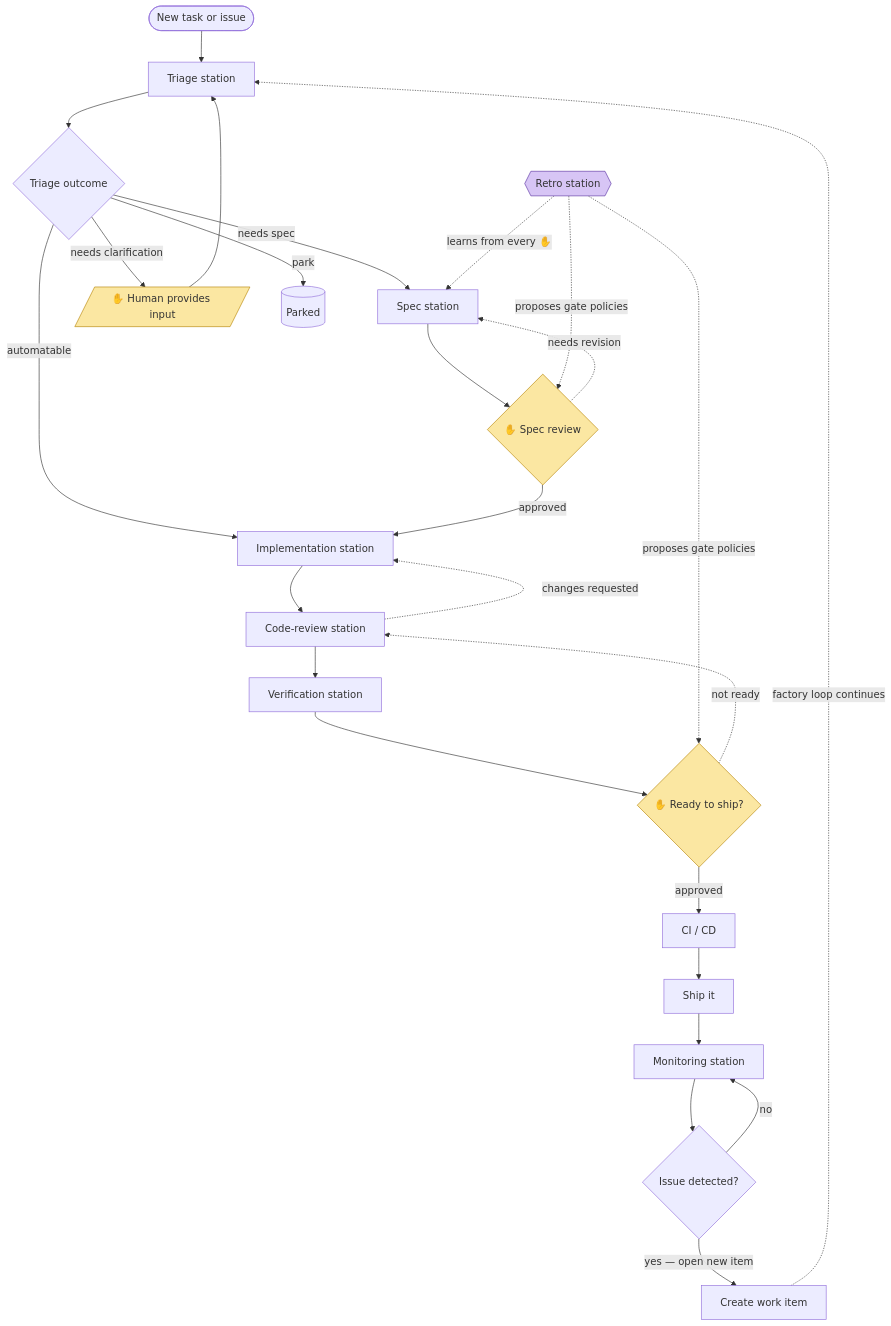
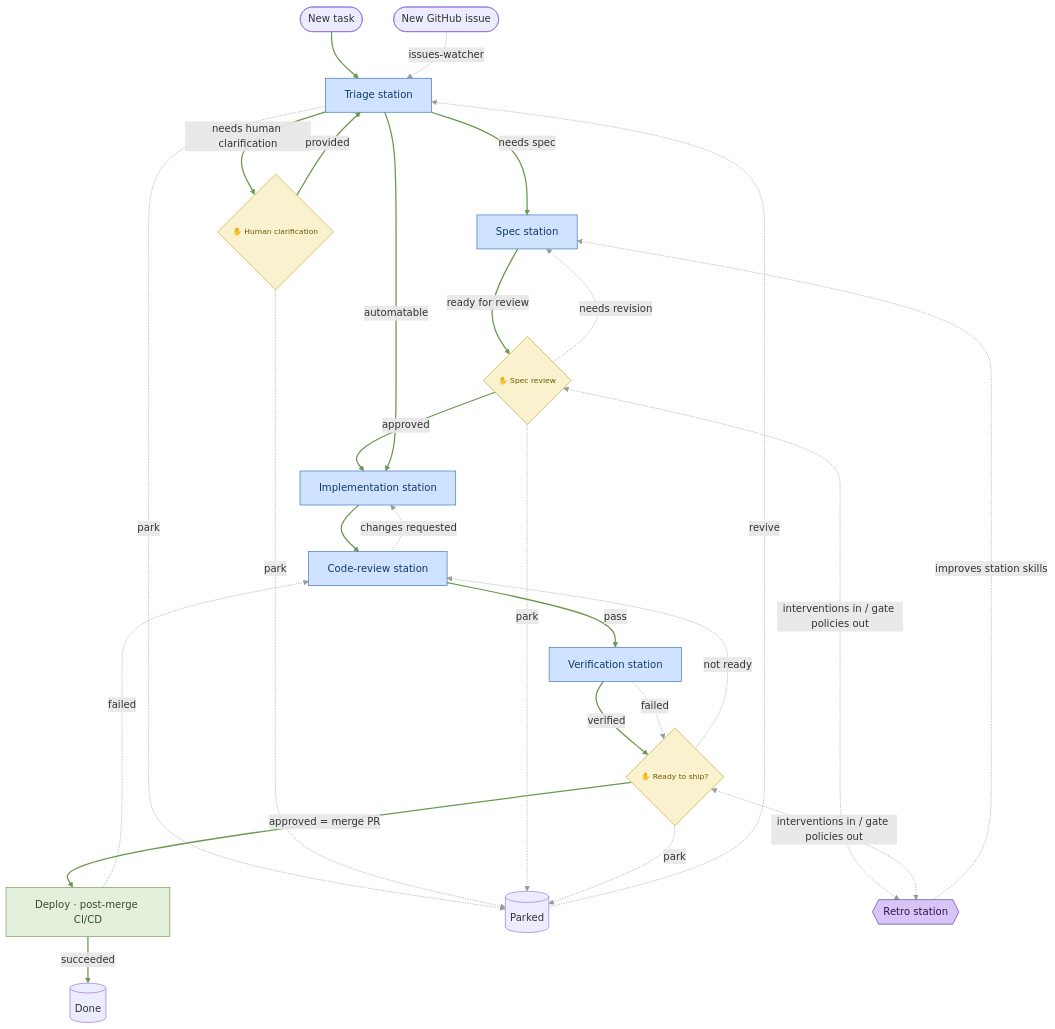
Before and after one commit to ztcnrh/software-factory: the diagram in docs/diagram.md, drawn with Mermaid. The commit also changed other lines of this file and 22 other files, not shown here.

First line of the commit message:
factory: collapse the ship tail to a single external `deploy` state

````diff
--- a/docs/diagram.md
+++ b/docs/diagram.md
@@ -5,38 +9,45 @@
 ```mermaid
 flowchart TD
-    new([New task or issue]) --> triage[Triage station]
-    triage --> outcome{Triage outcome}
+    %% ---- forward happy path first: these edges set the top-to-bottom spine ----
+    new([New task]) --> triage[Triage station]:::station
+    triage -- "needs spec" --> spec[Spec station]:::station
+    spec -- "ready for review" --> specrev{✋ Spec review}:::gate
+    specrev -- "approved" --> impl[Implementation station]:::station
+    triage -- "automatable" --> impl
+    impl --> review[Code-review station]:::station
+    review -- "pass" --> verify[Verification station]:::station
+    verify -- "verified" --> shiprev{✋ Ready to ship?}:::gate
+    shiprev -- "approved = merge PR" --> deploy[Deploy · post-merge CI/CD]:::external
+    deploy -- "succeeded" --> done[(Done)]
+    triage -- "needs human clarification" --> clar{✋ Human clarification}:::gate
+    clar -- "provided" --> triage
 
-    outcome -->|needs spec| spec[Spec station]
-    outcome -->|automatable| impl[Implementation station]
-    outcome -->|needs clarification| clar[/✋ Human provides input/]
-    outcome -->|park| parked[(Parked)]
-    clar --> triage
+    %% ---- off the happy path: backward loops and shelving ----
+    issues([New GitHub issue]) -. "issues-watcher" .-> triage
+    verify -. "failed" .-> shiprev
+    specrev -. "needs revision" .-> spec
+    review -. "changes requested" .-> impl
+    shiprev -. "not ready" .-> review
+    deploy -. "failed" .-> review
+    triage -. "park" .-> parked[(Parked)]
+    clar -. "park" .-> parked
+    specrev -. "park" .-> parked
+    shiprev -. "park" .-> parked
+    parked -. "revive" .-> triage
 
-    spec --> specrev{✋ Spec review}
-    specrev -->|approved| impl
-    specrev -.needs revision.-> spec
+    %% ---- the learning loop, declared last so it doesn't anchor the layout ----
+    %% interventions at the gates feed retro; retro proposes improvements back
+    retro{{Retro station}}:::learn
+    specrev <-. "interventions in / gate policies out" .-> retro
+    shiprev <-. "interventions in / gate policies out" .-> retro
+    retro -. "improves station skills" .-> spec
 
-    impl --> review[Code-review station]
-    review --> verify[Verification station]
-    review -.changes requested.-> impl
-    verify --> shiprev{✋ Ready to ship?}
-    shiprev -.not ready.-> review
-    shiprev -->|approved| ci[CI / CD]
+    %% edges 0-11 = solid happy path (green); 12-25 = dashed off-path (gray)
+    linkStyle 0,1,2,3,4,5,6,7,8,9,10,11 stroke:#6a994e,stroke-width:2px
+    linkStyle 12,13,14,15,16,17,18,19,20,21,22,23,24,25 stroke:#9a9a9a,stroke-width:1px
 
-    ci --> ship[Ship it]
-    ship --> monitor[Monitoring station]
-    monitor --> detected{Issue detected?}
-    detected -->|no| monitor
-    detected -->|yes — open new item| newitem[Create work item]
-    newitem -.factory loop continues.-> triage
-
-    retro{{Retro station}} -.learns from every ✋.-> spec
-    retro -.proposes gate policies.-> specrev
-    retro -.proposes gate policies.-> shiprev
-
-    classDef gate fill:#fbe7a2,stroke:#b8860b;
-    classDef learn fill:#d7c5f5,stroke:#5a32a3;
-    class specrev,shiprev,clar gate;
-    class retro learn;
+    classDef station fill:#cfe2ff,stroke:#2f6fba,color:#123a66
+    classDef gate fill:#faf1cf,stroke:#c9a227,color:#6b5900,font-size:12px
+    classDef external fill:#e4efdc,stroke:#6a994e,color:#33512a
+    classDef learn fill:#d7c5f5,stroke:#5a32a3,color:#2a1550
 ```
````
